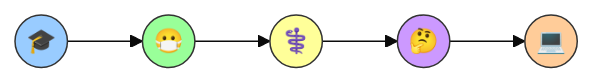
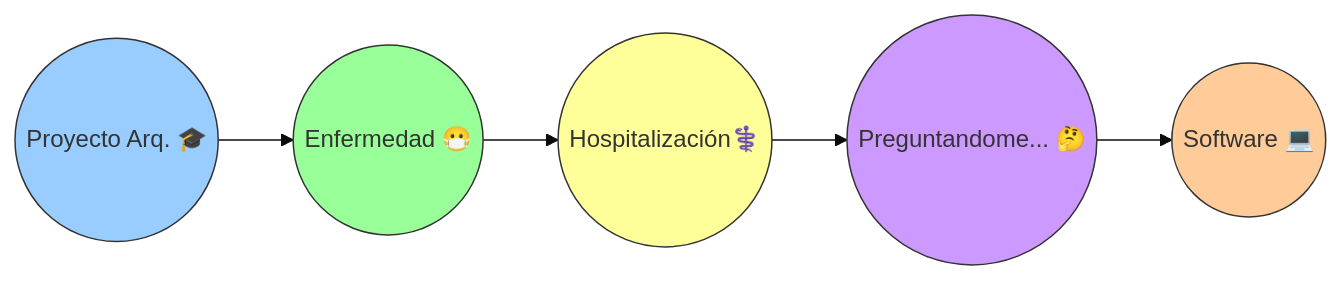
Before and after one commit to JhalexR/learning-journey: the third of 6 diagrams in Knowledge Base/2 Articulos e investigaciones/3. Hospitalización y Software.md, drawn with Mermaid (base theme).

Commit message:
Update 3. Hospitalización y Software.md
Stylistic editing

````diff
--- a/Knowledge Base/2 Articulos e investigaciones/3. Hospitalización y Software.md
+++ b/Knowledge Base/2 Articulos e investigaciones/3. Hospitalización y Software.md
@@ -91,20 +91,20 @@
 ```mermaid
 flowchart LR
 
-Studio(("🎓"))
-Salud(("😷"))
-Medicina(("⚕️"))
-Pensando(("🤔"))
-System(("💻"))
+Studio(("Proyecto Arq. 🎓"))
+Salud(("Enfermedad 😷"))
+Medicina(("Hospitalización⚕️"))
+Pensando(("Preguntandome... 🤔"))
+System(("Software 💻"))
 
 style Studio fill:#99ccff,stroke:#333,stroke-width:1px
 style Salud fill:#99ff99,stroke:#333,stroke-width:1px
 style Medicina fill:#ffff99,stroke:#333,stroke-width:1px
 style Pensando fill:#cc99ff,stroke:#333,stroke-width:1px
 style System fill:#ffcc99,stroke:#333,stroke-width:1px
 
 Studio --> Salud
 Salud --> Medicina
 Medicina --> Pensando
 Pensando --> System
 ```
````
